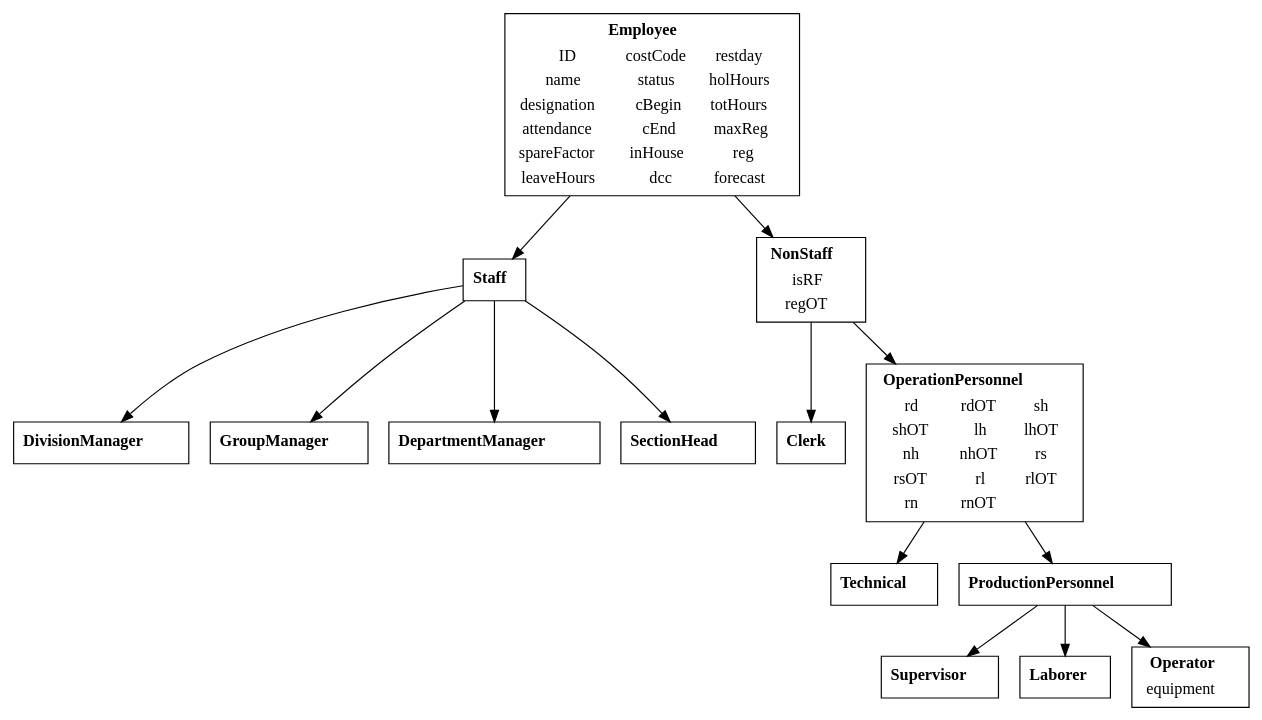
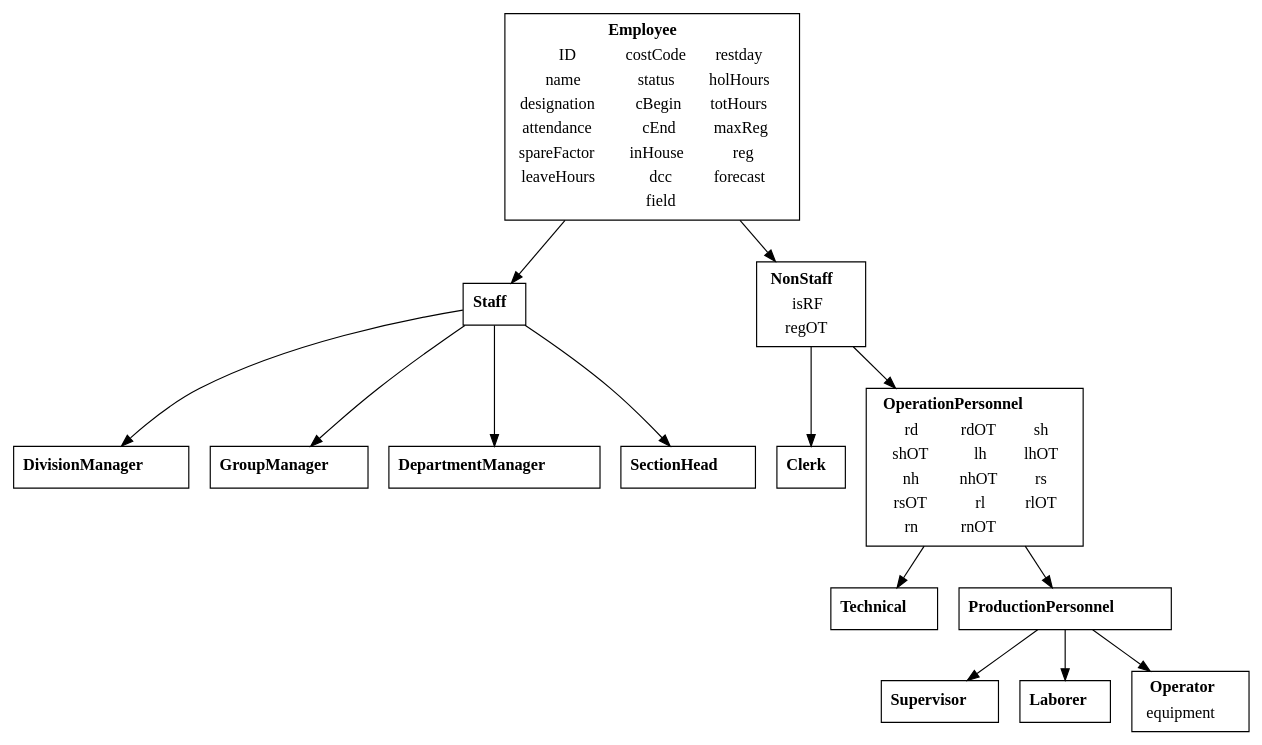
One commit to basilrabi/mansched changed the diagram in vignettes/class.Rmd. Above: the diagram before and after it, drawn with Graphviz. The commit also changed 8 other files, not shown here.

```diff
--- a/vignettes/class.Rmd
+++ b/vignettes/class.Rmd
@@ -50,6 +50,11 @@
     <TD>leaveHours</TD>
     <TD>dcc</TD>
     <TD>forecast</TD>
+  </TR>
+  <TR>
+    <TD></TD>
+    <TD>field</TD>
+    <TD></TD>
   </TR>
 </TABLE>>]
 
```
